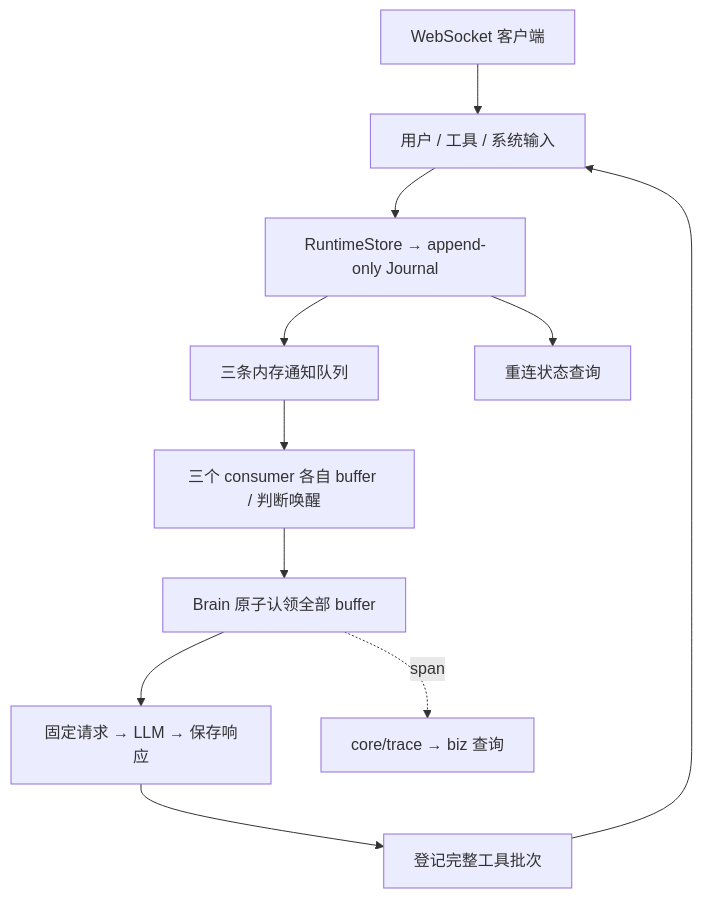
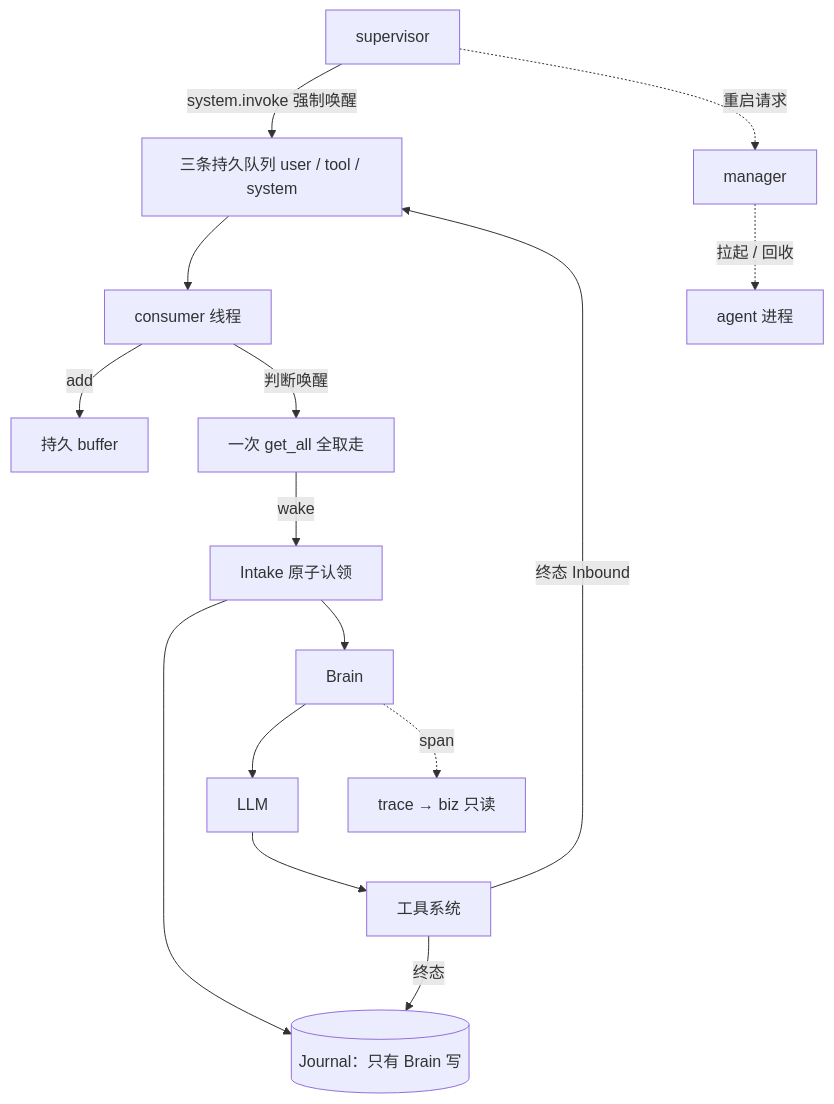
Before and after one commit to HymioSpace/Oath: the diagram in spec/overview.md, drawn with Mermaid. The commit also changed other lines of this file and 14 other files, not shown here.

````diff
--- a/spec/overview.md
+++ b/spec/overview.md
@@ -15,13 +26,17 @@
 ```mermaid
 flowchart TD
-    Inputs[用户 / 工具 / 系统输入] --> Store[RuntimeStore → append-only Journal]
-    Store --> Queues[三条内存通知队列]
-    Queues --> Consumers[三个 consumer 各自 buffer / 判断唤醒]
-    Consumers --> Brain[Brain 原子认领全部 buffer]
-    Brain --> Request[固定请求 → LLM → 保存响应]
-    Request --> Tools[登记完整工具批次]
-    Tools --> Inputs
-    UI[WebSocket 客户端] --> Inputs
-    Store --> Status[重连状态查询]
-    Brain -.->|span| Trace[core/trace → biz 查询]
+    Q[三条持久队列 user / tool / system] --> C[consumer 线程]
+    C -->|add| B[持久 buffer]
+    C -->|判断唤醒| B2[一次 get_all 全取走]
+    B2 -->|wake| I[Intake 原子认领]
+    I --> J[(Journal：只有 Brain 写)]
+    I --> Br[Brain]
+    Br --> L[LLM]
+    L --> T[工具系统]
+    T -->|终态| J
+    T -->|终态 Inbound| Q
+    S[supervisor] -->|system.invoke 强制唤醒| Q
+    M[manager] -.->|拉起 / 回收| A[agent 进程]
+    S -.->|重启请求| M
+    Br -.->|span| TR[trace → biz 只读]
 ```
````
